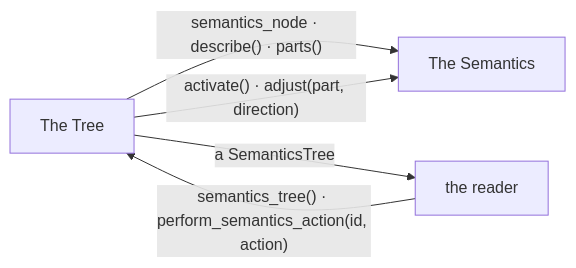
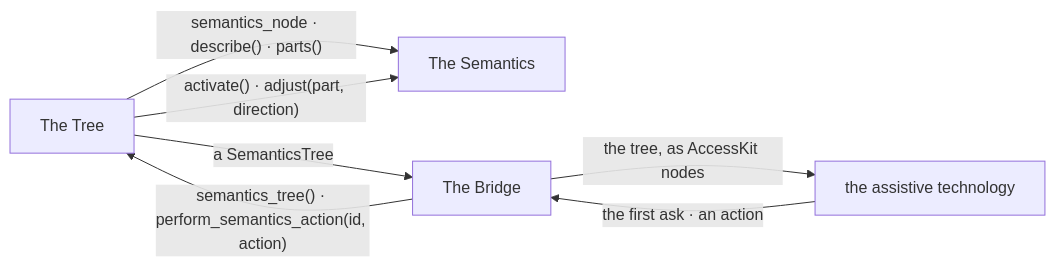
Before and after one commit to yuksblog/nuiitivet: the first of 7 diagrams in docs/design/ACCESSIBILITY.md, drawn with Mermaid. The commit also changed other lines of this file and 18 other files, not shown here.

First line of the commit message:
feat(accessibility): hand the semantics tree to VoiceOver through AccessKit on macOS

````diff
--- a/docs/design/ACCESSIBILITY.md
+++ b/docs/design/ACCESSIBILITY.md
@@ -12,11 +14,14 @@
 ```mermaid
 flowchart LR
     semantics[The Semantics]
     tree[The Tree]
-    reader[the reader]
+    bridge[The Bridge]
+    at[the assistive technology]
 
     tree -- "semantics_node · describe() · parts()" --> semantics
     tree -- "activate() · adjust(part, direction)" --> semantics
-    reader -- "semantics_tree() · perform_semantics_action(id, action)" --> tree
-    tree -- "a SemanticsTree" --> reader
+    bridge -- "semantics_tree() · perform_semantics_action(id, action)" --> tree
+    tree -- "a SemanticsTree" --> bridge
+    bridge -- "the tree, as AccessKit nodes" --> at
+    at -- "the first ask · an action" --> bridge
 ```
````
